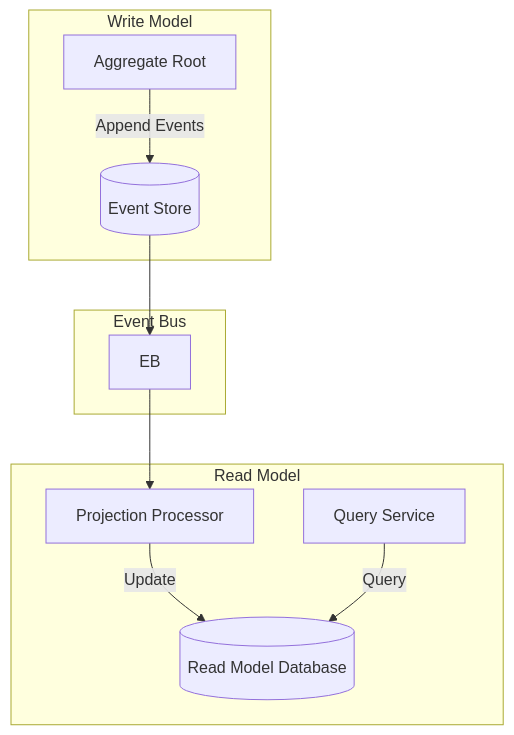
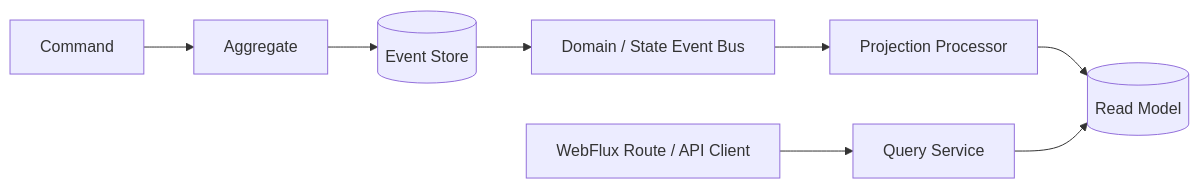
The diagram in documentation/docs/en/guide/projection.md (Ahoo-Wang/Wow), drawn with Mermaid before and after one commit. The commit also changed other lines of this file and 166 other files, not shown here.

````diff
--- a/documentation/docs/en/guide/projection.md
+++ b/documentation/docs/en/guide/projection.md
@@ -14,24 +26,10 @@
 ```mermaid
-flowchart TB
-    subgraph WriteModel["Write Model"]
-        AR[Aggregate Root]
-        ES[(Event Store)]
-    end
-    
-    subgraph EventBus["Event Bus"]
-        EB
-    end
-    
-    subgraph ReadModel["Read Model"]
-        PP[Projection Processor]
-        RM[(Read Model Database)]
-        QS[Query Service]
-    end
-    
-    AR -->|Append Events| ES
-    ES --> EB
-    EB --> PP
-    PP -->|Update| RM
-    QS -->|Query| RM
-
+flowchart LR
+    C[Command] --> A[Aggregate]
+    A --> E[(Event Store)]
+    E --> B[Domain / State Event Bus]
+    B --> P[Projection Processor]
+    P --> R[(Read Model)]
+    Q[Query Service] --> R
+    H[WebFlux Route / API Client] --> Q
 ```
````
